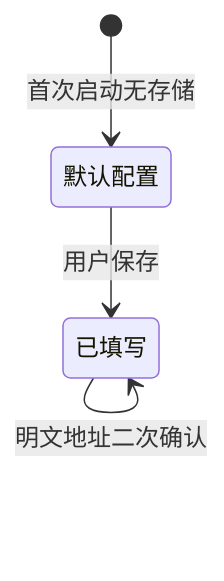
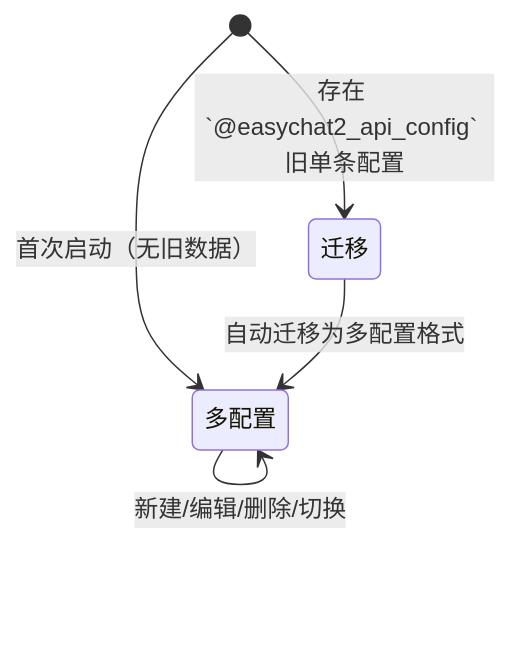
One commit to pppxxxy/easychat2 changed the diagram in .monkeycode/docs/专有概念/API配置.md. Above: the diagram before and after it, drawn with Mermaid. The commit also changed other lines of this file and 14 other files, not shown here.

Commit message:
fix: html rendering for regex scripts, world book modal editing, multi-api-key config Co-authored-by: monkeycode-ai <monkeycode-ai@chaitin.com>

````diff
--- a/.monkeycode/docs/专有概念/API配置.md
+++ b/.monkeycode/docs/专有概念/API配置.md
@@ -52,7 +58,7 @@
 ```mermaid
 stateDiagram-v2
-    [*] --> 默认配置: 首次启动无存储
-    默认配置 --> 已填写: 用户保存
-    已填写 --> 已填写: 再次保存
-    已填写 --> 已填写: 明文地址二次确认
+    [*] --> 多配置: 首次启动（无旧数据）
+    [*] --> 迁移: 存在 `@easychat2_api_config` 旧单条配置
+    迁移 --> 多配置: 自动迁移为多配置格式
+    多配置 --> 多配置: 新建/编辑/删除/切换
 ```
````
